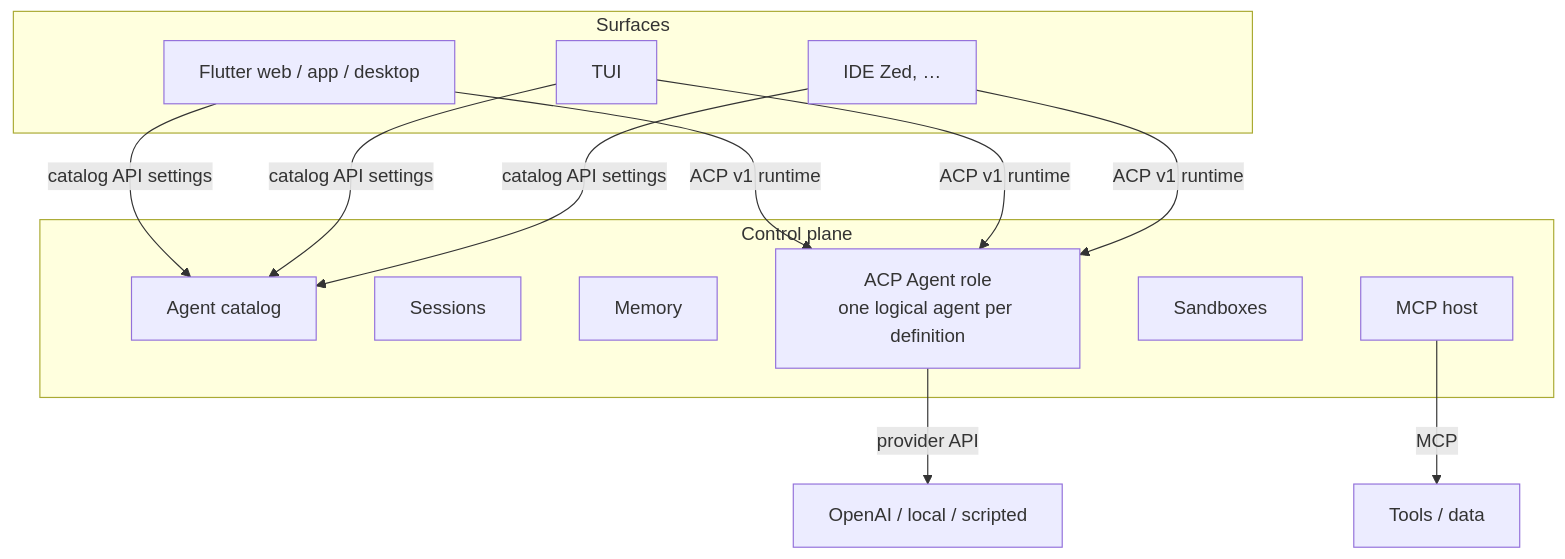
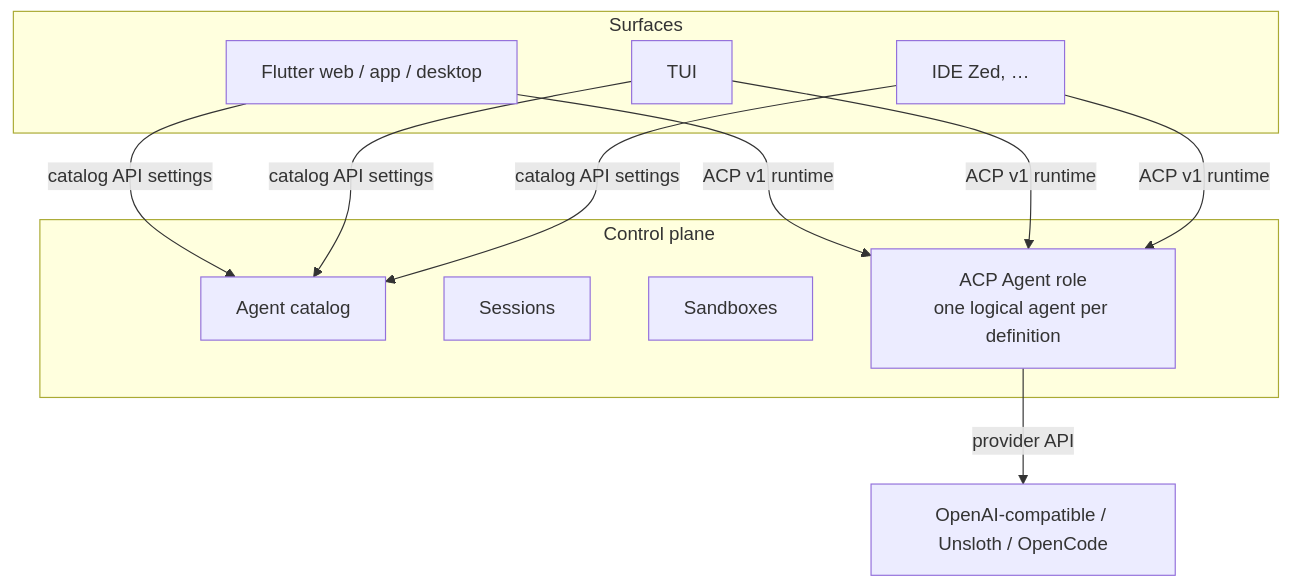
One commit to tryy3/agent-fabric changed the first of 6 diagrams in docs/architecture.md. Above: the diagram before and after it, drawn with Mermaid. The commit also changed other lines of this file and 18 other files, not shown here.

````diff
--- a/docs/architecture.md
+++ b/docs/architecture.md
@@ -18,31 +20,27 @@
 ```mermaid
 flowchart TB
   subgraph surfaces [Surfaces]
     Flutter["Flutter web / app / desktop"]
     TUI[TUI]
     IDE["IDE Zed, …"]
   end
 
   subgraph plane [Control plane]
     Catalog[Agent catalog]
     Sessions[Sessions]
-    Memory[Memory]
-    MCPHost[MCP host]
     Sandboxes[Sandboxes]
     AcpRole["ACP Agent role<br/>one logical agent per definition"]
   end
 
-  ToolsData[Tools / data]
-  Inference["OpenAI / local / scripted"]
+  Inference["OpenAI-compatible / Unsloth / OpenCode"]
 
   Flutter -->|catalog API settings| Catalog
   TUI -->|catalog API settings| Catalog
   IDE -->|catalog API settings| Catalog
 
   Flutter -->|ACP v1 runtime| AcpRole
   TUI -->|ACP v1 runtime| AcpRole
   IDE -->|ACP v1 runtime| AcpRole
 
-  MCPHost -->|MCP| ToolsData
   AcpRole -->|provider API| Inference
 ```
````
